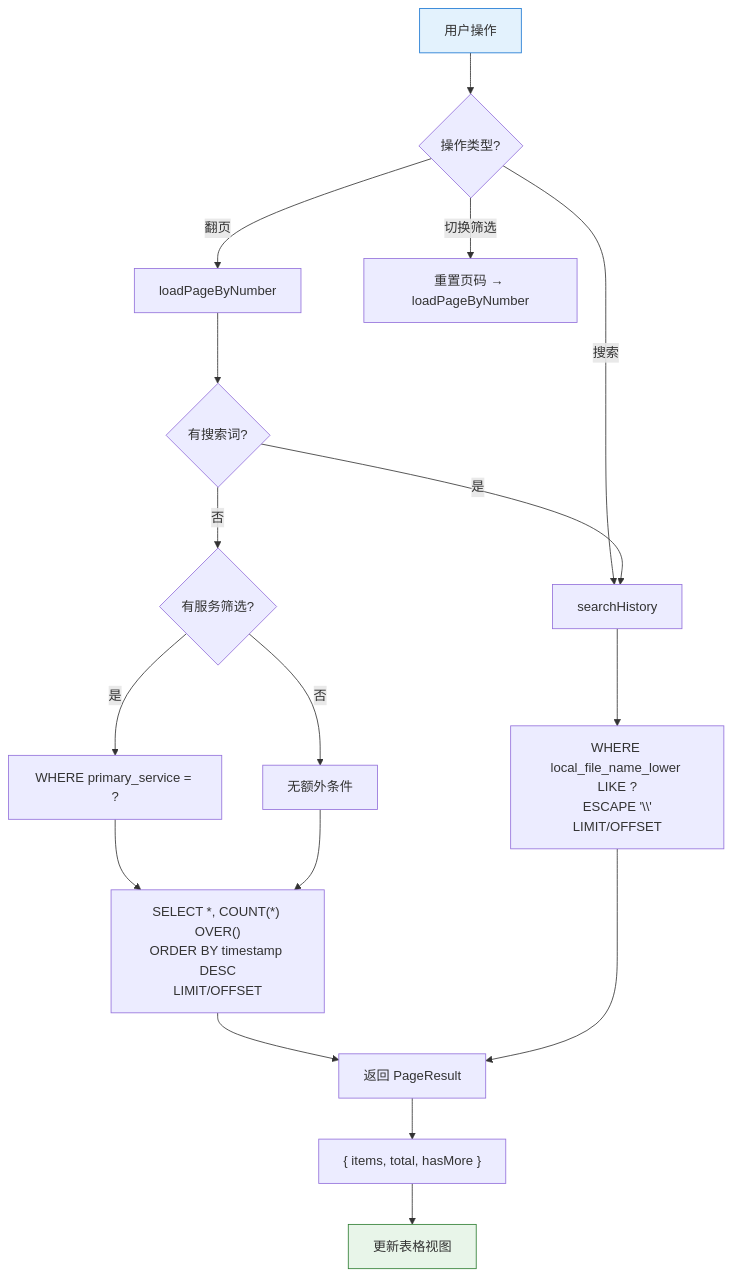
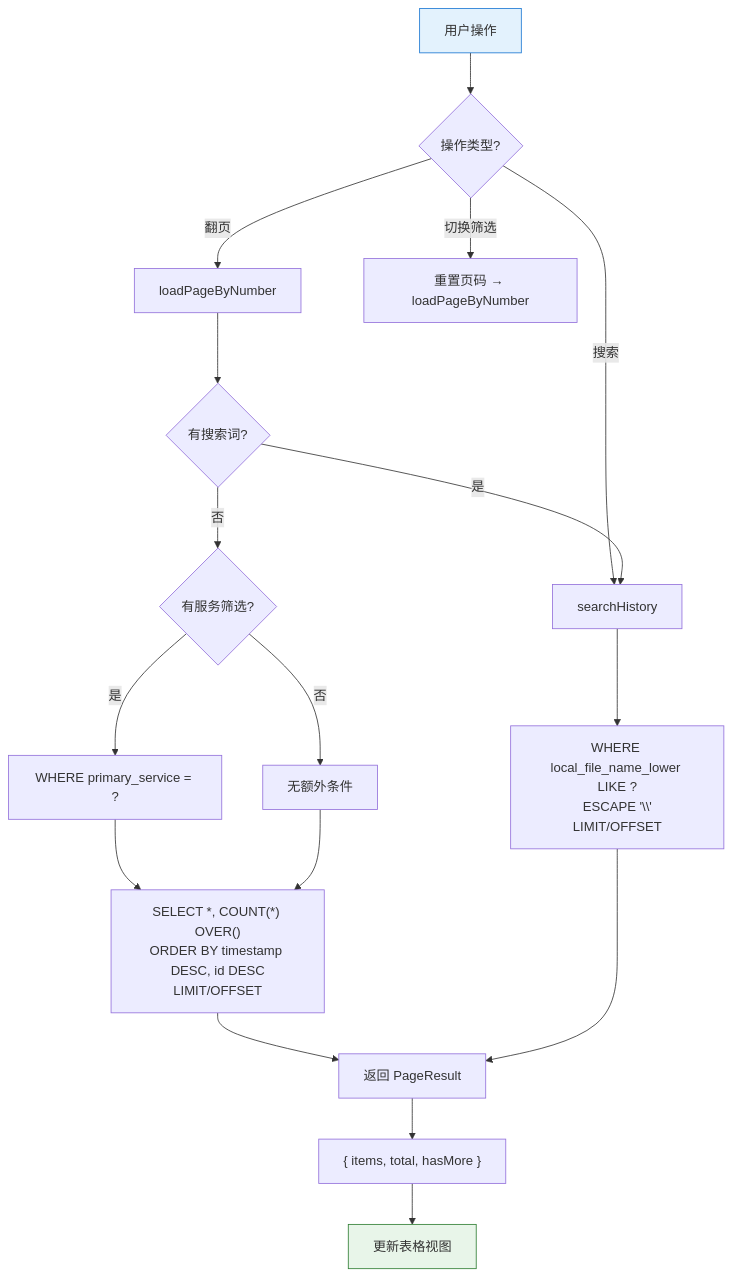
One commit to joeyliu6/PicNexus changed the second of 3 diagrams in docs/flows/history-flow.md. Above: the diagram before and after it, drawn with Mermaid. The commit also changed other lines of this file and 4 other files, not shown here.

Commit message:
docs(flows): document audit hardening behavior

````diff
--- a/docs/flows/history-flow.md
+++ b/docs/flows/history-flow.md
@@ -60,25 +60,25 @@
 ```mermaid
 flowchart TD
     A[用户操作] --> B{操作类型?}
 
     B -- 翻页 --> C[loadPageByNumber]
     B -- 搜索 --> D[searchHistory]
     B -- 切换筛选 --> E[重置页码 → loadPageByNumber]
 
     C --> F{有搜索词?}
     F -- 是 --> D
     F -- 否 --> G{有服务筛选?}
     G -- 是 --> G1["WHERE primary_service = ?"]
     G -- 否 --> G2[无额外条件]
-    G1 & G2 --> H["SELECT *, COUNT(*) OVER()\nORDER BY timestamp DESC\nLIMIT/OFFSET"]
+    G1 & G2 --> H["SELECT *, COUNT(*) OVER()\nORDER BY timestamp DESC, id DESC\nLIMIT/OFFSET"]
 
     D --> I["WHERE local_file_name_lower LIKE ?\nESCAPE '\\'\nLIMIT/OFFSET"]
 
     H & I --> J[返回 PageResult]
     J --> K["{ items, total, hasMore }"]
     K --> L[更新表格视图]
 
     %% 样式
     style A fill:#e3f2fd,stroke:#1976d2
     style L fill:#e8f5e9,stroke:#2e7d32
 ```
````
